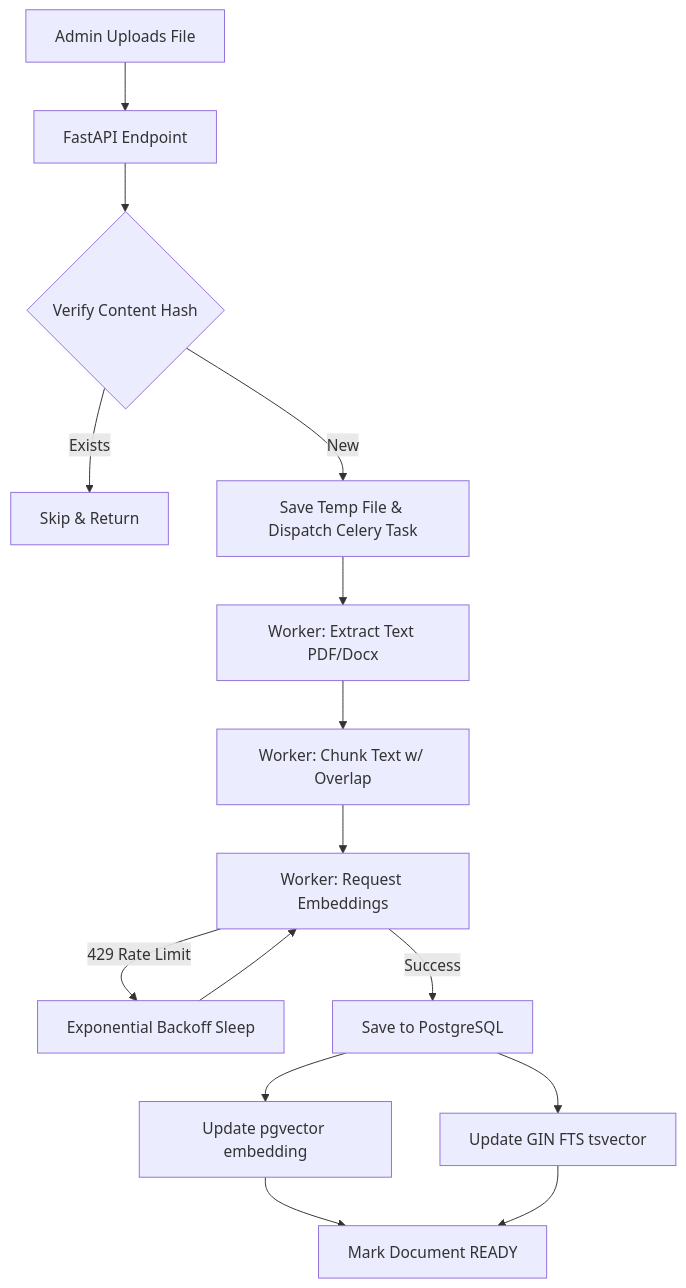
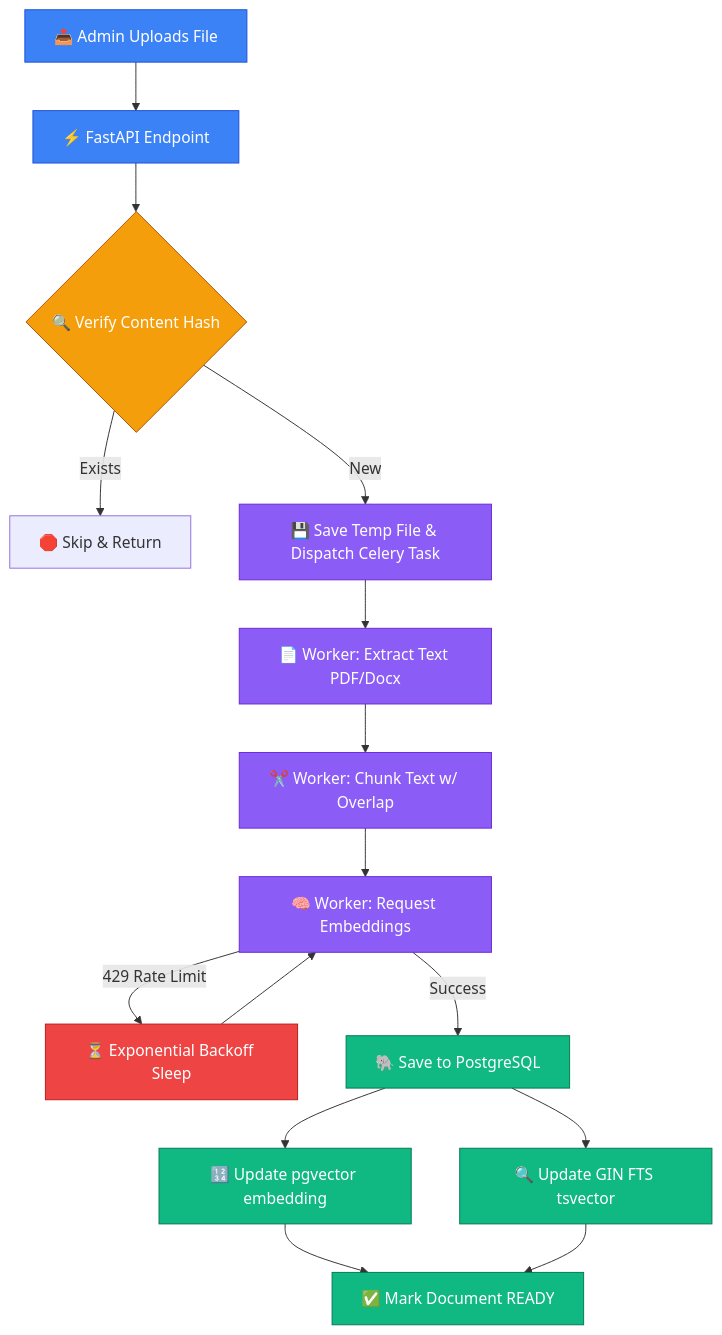
The third of 5 diagrams in README.md (Ruthvek1/Athenis-ai), drawn with Mermaid before and after one commit. The commit also changed other lines of this file and 1 other file, not shown here.

Commit message:
docs: Enhance Mermaid diagrams with colors and explanatory notes

````diff
--- a/README.md
+++ b/README.md
@@ -171,20 +190,26 @@
 ```mermaid
 flowchart TD
-    A[Admin Uploads File] --> B[FastAPI Endpoint]
-    B --> C{Verify Content Hash}
-    C -- Exists --> D[Skip & Return]
-    C -- New --> E[Save Temp File & Dispatch Celery Task]
+    classDef entry fill:#3b82f6,stroke:#1d4ed8,color:#fff
+    classDef check fill:#f59e0b,stroke:#b45309,color:#fff
+    classDef task fill:#8b5cf6,stroke:#6d28d9,color:#fff
+    classDef db fill:#10b981,stroke:#047857,color:#fff
+    classDef fail fill:#ef4444,stroke:#b91c1c,color:#fff
+
+    A[📤 Admin Uploads File]:::entry --> B[⚡ FastAPI Endpoint]:::entry
+    B --> C{🔍 Verify Content Hash}:::check
+    C -- Exists --> D[🛑 Skip & Return]
+    C -- New --> E[💾 Save Temp File & Dispatch Celery Task]:::task
     
-    E --> F[Worker: Extract Text PDF/Docx]
-    F --> G[Worker: Chunk Text w/ Overlap]
+    E --> F[📄 Worker: Extract Text PDF/Docx]:::task
+    F --> G[✂️ Worker: Chunk Text w/ Overlap]:::task
     
-    G --> H[Worker: Request Embeddings]
-    H -->|429 Rate Limit| I[Exponential Backoff Sleep]
+    G --> H[🧠 Worker: Request Embeddings]:::task
+    H -->|429 Rate Limit| I[⏳ Exponential Backoff Sleep]:::fail
     I --> H
     
-    H -->|Success| J[Save to PostgreSQL]
-    J --> K[Update pgvector embedding]
-    J --> L[Update GIN FTS tsvector]
+    H -->|Success| J[🐘 Save to PostgreSQL]:::db
+    J --> K[🔢 Update pgvector embedding]:::db
+    J --> L[🔍 Update GIN FTS tsvector]:::db
     
-    K & L --> M[Mark Document READY]
+    K & L --> M[✅ Mark Document READY]:::db
 ```
````
